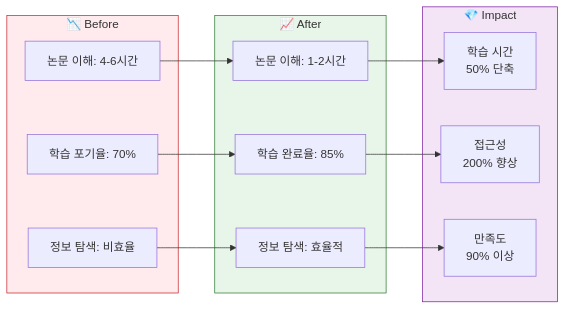
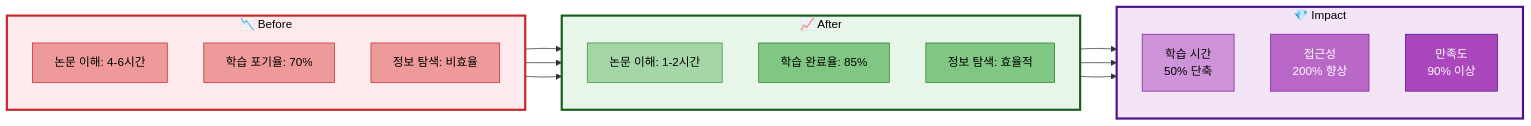
Before and after one commit to AIBootcamp14/langchainproject-new-langchainproject_5: the sixth of 6 diagrams in docs/PPT/01_프로젝트_개요.md, drawn with Mermaid. The commit also changed other lines of this file and 5 other files, not shown here.

First line of the commit message:
style(docs): PPT 문서에 mermaid 스타일 가이드 적용

````diff
--- a/docs/PPT/01_프로젝트_개요.md
+++ b/docs/PPT/01_프로젝트_개요.md
@@ -337,28 +395,43 @@
 ```mermaid
 graph LR
     subgraph Before["📉 Before"]
+        direction TB
         B1[논문 이해: 4-6시간]
         B2[학습 포기율: 70%]
         B3[정보 탐색: 비효율]
     end
 
     subgraph After["📈 After"]
+        direction TB
         A1[논문 이해: 1-2시간]
         A2[학습 완료율: 85%]
         A3[정보 탐색: 효율적]
     end
 
     subgraph Impact["💎 Impact"]
+        direction TB
         I1[학습 시간<br/>50% 단축]
         I2[접근성<br/>200% 향상]
         I3[만족도<br/>90% 이상]
     end
 
     B1 --> A1 --> I1
     B2 --> A2 --> I2
     B3 --> A3 --> I3
 
-    style Before fill:#ffebee,stroke:#c62828
-    style After fill:#e8f5e9,stroke:#2e7d32
-    style Impact fill:#f3e5f5,stroke:#7b1fa2
+    %% Subgraph 스타일
+    style Before fill:#ffebee,stroke:#c62828,stroke-width:3px,color:#000
+    style After fill:#e8f5e9,stroke:#1b5e20,stroke-width:3px,color:#000
+    style Impact fill:#f3e5f5,stroke:#4a148c,stroke-width:3px,color:#000
+
+    %% 노드 스타일
+    style B1 fill:#ef9a9a,stroke:#c62828,color:#000
+    style B2 fill:#ef9a9a,stroke:#c62828,color:#000
+    style B3 fill:#ef9a9a,stroke:#c62828,color:#000
+    style A1 fill:#a5d6a7,stroke:#388e3c,color:#000
+    style A2 fill:#81c784,stroke:#2e7d32,color:#000
+    style A3 fill:#81c784,stroke:#2e7d32,color:#000
+    style I1 fill:#ce93d8,stroke:#7b1fa2,color:#000
+    style I2 fill:#ba68c8,stroke:#7b1fa2,color:#fff
+    style I3 fill:#ab47bc,stroke:#4a148c,color:#fff
 ```
````
